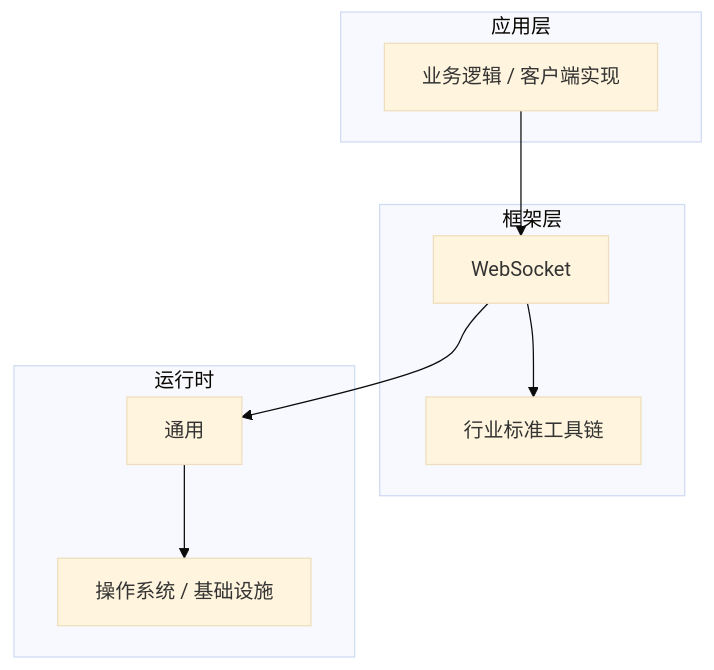
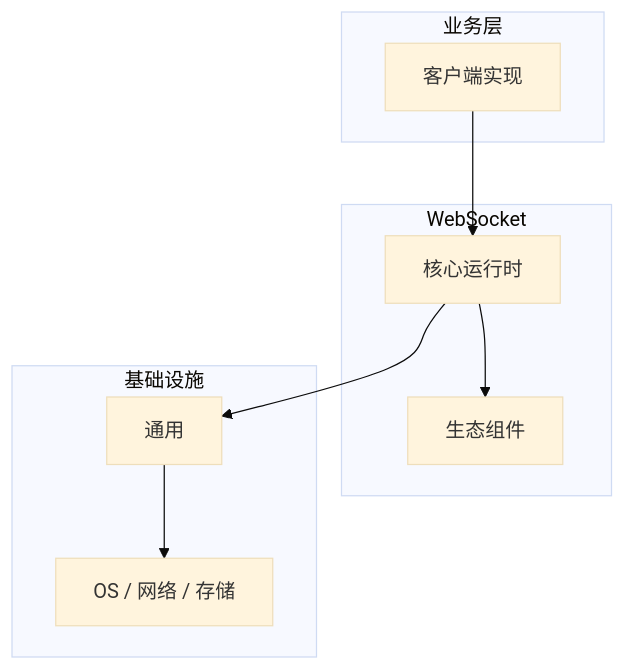
The diagram in articles/WebSocket/chapters/021-客户端实现核心概念与原理.md (yanggan2015/knowledge-json-v2), drawn with Mermaid (base theme) before and after one commit. The commit also changed other lines of this file and 10127 other files, not shown here.

````diff
--- a/articles/WebSocket/chapters/021-客户端实现核心概念与原理.md
+++ b/articles/WebSocket/chapters/021-客户端实现核心概念与原理.md
@@ -45,18 +34,18 @@
 ```mermaid
 graph TB
-    subgraph 应用层
-        A[业务逻辑 / 客户端实现]
+    subgraph 业务层
+        A[客户端实现]
     end
-    subgraph 框架层
-        B[WebSocket]
-        C[行业标准工具链]
+    subgraph WebSocket
+        B[核心运行时]
+        C[生态组件]
     end
-    subgraph 运行时
+    subgraph 基础设施
         D[通用]
-        E[操作系统 / 基础设施]
+        E[OS / 网络 / 存储]
     end
     A --> B
     B --> C
     B --> D
     D --> E
 ```
````
